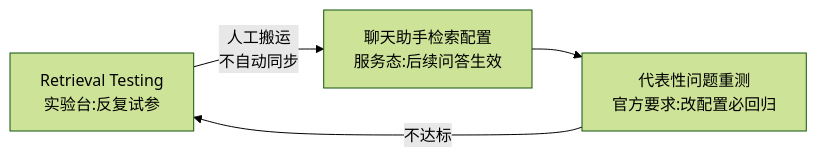
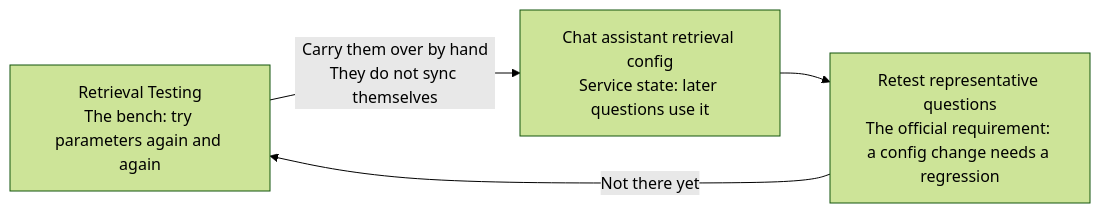
The second of 2 diagrams in books/ragflow/en/chapters/08-chat-assistant.md (ybak/ai-tutorial), drawn with Mermaid (forest theme) before and after one commit. The commit also changed other lines of this file and 16 other files, not shown here.

First line of the commit message:
docs(ragflow): 按审阅改英文图、注释和正文

````diff
--- a/books/ragflow/en/chapters/08-chat-assistant.md
+++ b/books/ragflow/en/chapters/08-chat-assistant.md
@@ -182,6 +182,6 @@
 ```mermaid
 flowchart LR
-    A["Retrieval Testing<br/>实验台:反复试参"] -->|"人工搬运<br/>不自动同步"| B["聊天助手检索配置<br/>服务态:后续问答生效"]
-    B --> C["代表性问题重测<br/>官方要求:改配置必回归"]
-    C -->|"不达标"| A
+    A["Retrieval Testing<br/>The bench: try parameters again and again"] -->|"Carry them over by hand<br/>They do not sync themselves"| B["Chat assistant retrieval config<br/>Service state: later questions use it"]
+    B --> C["Retest representative questions<br/>The official requirement: a config change needs a regression"]
+    C -->|"Not there yet"| A
 ```
````
